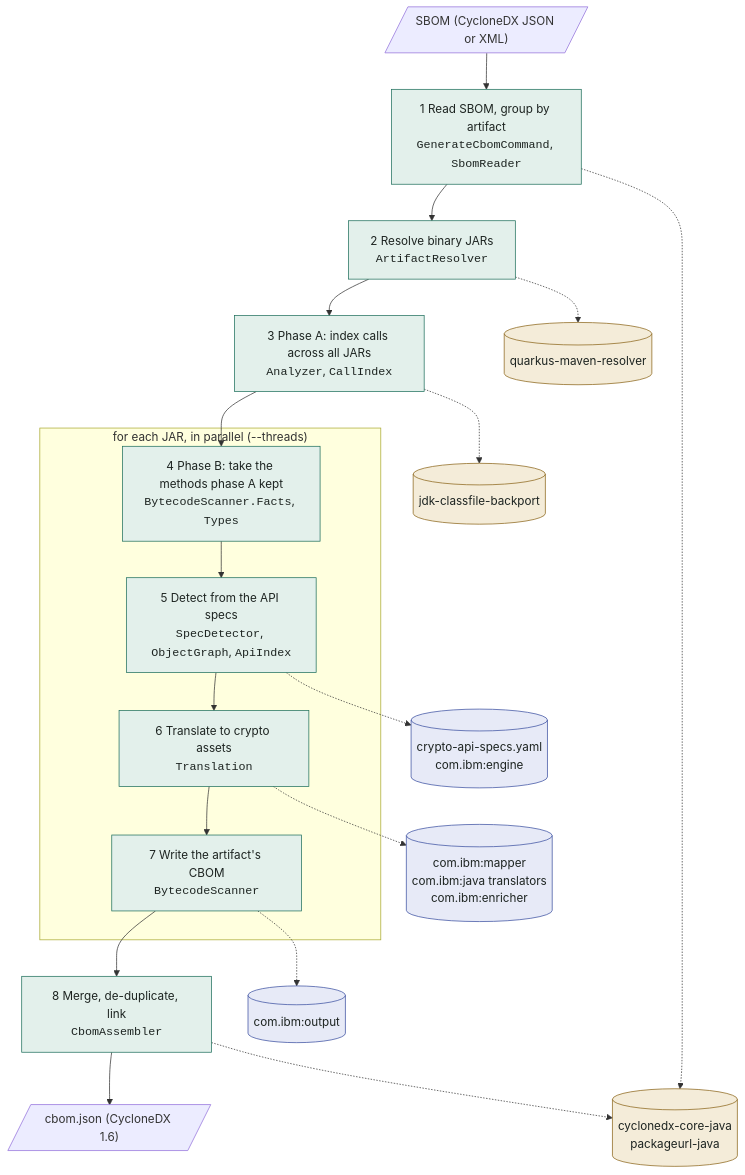
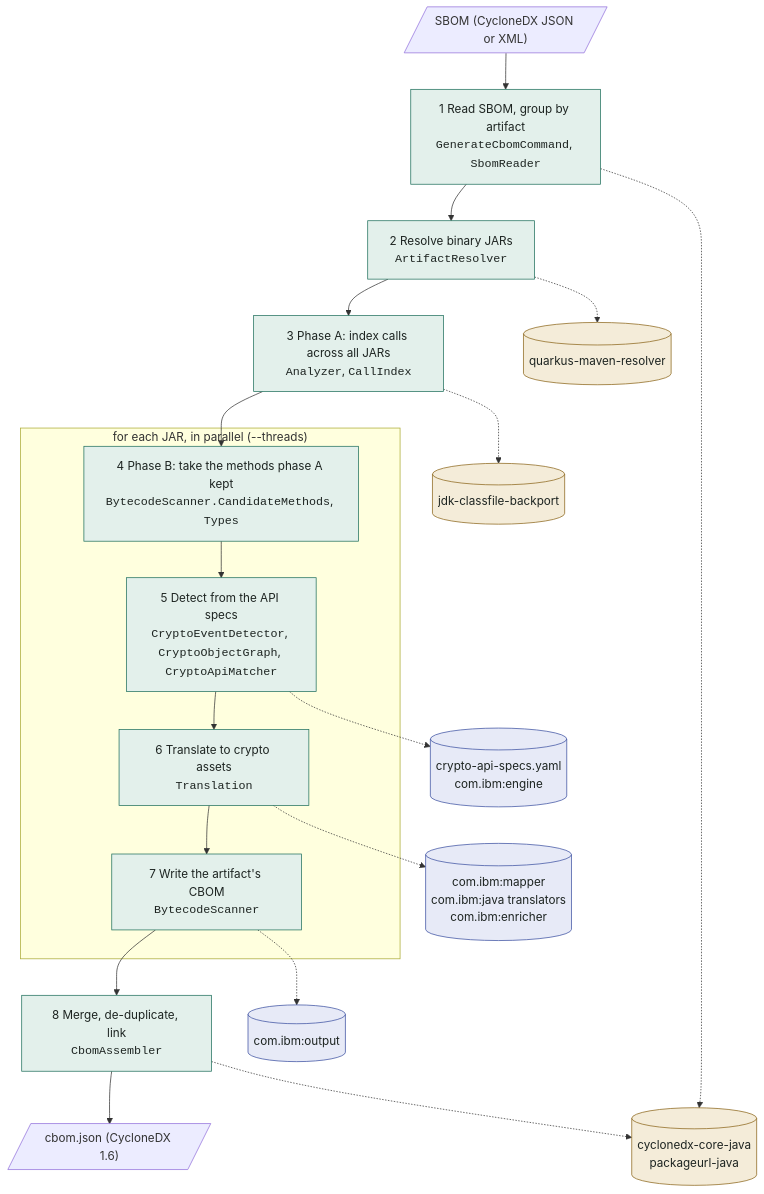
The diagram in docs/architecture.md (aloubyansky/cryptid), drawn with Mermaid before and after one commit. The commit also changed other lines of this file and 97 other files, not shown here.

````diff
--- a/docs/architecture.md
+++ b/docs/architecture.md
@@ -35,37 +53,37 @@
 ```mermaid
 flowchart TB
   sbom[/"SBOM (CycloneDX JSON or XML)"/]
   s1["1 Read SBOM, group by artifact<br/><code>GenerateCbomCommand</code>, <code>SbomReader</code>"]
   s2["2 Resolve binary JARs<br/><code>ArtifactResolver</code>"]
   s3["3 Phase A: index calls across all JARs<br/><code>Analyzer</code>, <code>CallIndex</code>"]
   subgraph perjar["for each JAR, in parallel (--threads)"]
-    s4["4 Phase B: take the methods phase A kept<br/><code>BytecodeScanner.Facts</code>, <code>Types</code>"]
-    s5["5 Detect from the API specs<br/><code>SpecDetector</code>, <code>ObjectGraph</code>, <code>ApiIndex</code>"]
+    s4["4 Phase B: take the methods phase A kept<br/><code>BytecodeScanner.CandidateMethods</code>, <code>Types</code>"]
+    s5["5 Detect from the API specs<br/><code>CryptoEventDetector</code>, <code>CryptoObjectGraph</code>, <code>CryptoApiMatcher</code>"]
     s6["6 Translate to crypto assets<br/><code>Translation</code>"]
     s7["7 Write the artifact's CBOM<br/><code>BytecodeScanner</code>"]
   end
   s8["8 Merge, de-duplicate, link<br/><code>CbomAssembler</code>"]
   cbom[/"cbom.json (CycloneDX 1.6)"/]
   sbom --> s1 --> s2 --> s3 --> s4 --> s5 --> s6 --> s7 --> s8 --> cbom
 
   cdx[("cyclonedx-core-java<br/>packageurl-java")]
   mvn[("quarkus-maven-resolver")]
   cf[("jdk-classfile-backport")]
   rules[("crypto-api-specs.yaml<br/>com.ibm:engine")]
   mapper[("com.ibm:mapper<br/>com.ibm:java translators<br/>com.ibm:enricher")]
   out[("com.ibm:output")]
   s1 -.-> cdx
   s2 -.-> mvn
   s3 -.-> cf
   s5 -.-> rules
   s6 -.-> mapper
   s7 -.-> out
   s8 -.-> cdx
 
   classDef ours fill:#e3f0eb,stroke:#1f6f5c,color:#1d2421
   classDef ibm fill:#e7eaf7,stroke:#3b4fa0,color:#1d2421
   classDef lib fill:#f4ecd9,stroke:#8a6418,color:#1d2421
   class s1,s2,s3,s4,s5,s6,s7,s8 ours
   class rules,mapper,out ibm
   class cdx,mvn,cf lib
 ```
````
